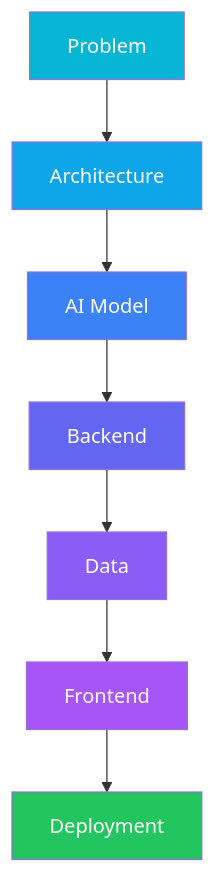
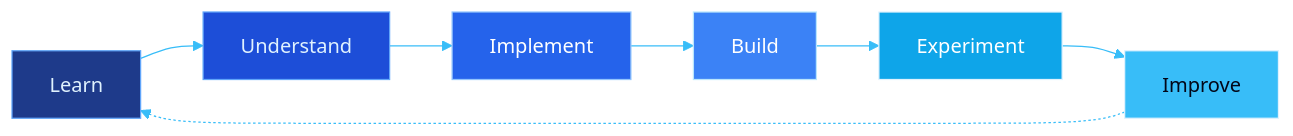
Before and after one commit to aurabydaniyal/aurabydaniyal: the third of 3 diagrams in README.md, drawn with Mermaid. The commit also changed other lines of this file, not shown here.

````diff
--- a/README.md
+++ b/README.md
@@ -335,16 +366,12 @@
 ```mermaid
-flowchart TD
-    A[Problem] --> B[Architecture]
-    B --> C[AI Model]
-    C --> D[Backend]
-    D --> E[Data]
-    E --> F[Frontend]
-    F --> G[Deployment]
-    style A fill:#06B6D4,color:#fff
-    style B fill:#0EA5E9,color:#fff
-    style C fill:#3B82F6,color:#fff
-    style D fill:#6366F1,color:#fff
-    style E fill:#8B5CF6,color:#fff
-    style F fill:#A855F7,color:#fff
-    style G fill:#22C55E,color:#fff
+%%{init: {'theme':'base','themeVariables':{'primaryColor':'#0B1B4D','primaryTextColor':'#E0F2FE','primaryBorderColor':'#38BDF8','lineColor':'#38BDF8','fontFamily':'monospace'}}}%%
+flowchart LR
+    A[Learn] --> B[Understand] --> C[Implement] --> D[Build] --> E[Experiment] --> F[Improve]
+    F -.-> A
+    style A fill:#1E3A8A,stroke:#60A5FA,color:#E0F2FE
+    style B fill:#1D4ED8,stroke:#60A5FA,color:#E0F2FE
+    style C fill:#2563EB,stroke:#93C5FD,color:#fff
+    style D fill:#3B82F6,stroke:#BAE6FD,color:#fff
+    style E fill:#0EA5E9,stroke:#E0F2FE,color:#fff
+    style F fill:#38BDF8,stroke:#E0F2FE,color:#020617
 ```
````
